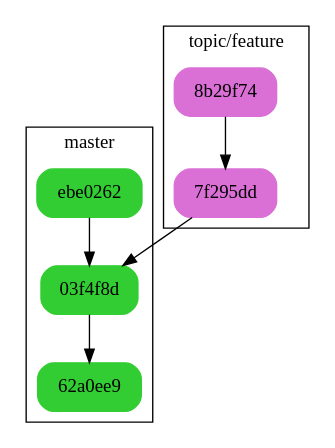
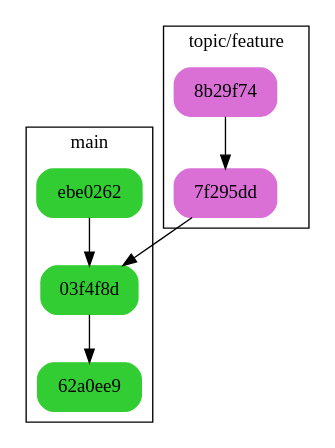
One commit to idiv-biodiversity/git-cheat-sheet changed the diagram in git-tree.dot. Above: the diagram before and after it, drawn with Graphviz. The commit also changed 4 other files, not shown here.

Commit message:
renames master to main in all dot files

```diff
--- a/git-tree.dot
+++ b/git-tree.dot
@@ -1,28 +1,28 @@
 digraph {
     node [shape = "box", style = "filled, rounded"]
 
-    subgraph clustermaster {
-        label = "master"
+    subgraph clustermain {
+        label = "main"
 
         node [color = limegreen]
 
-        master3[label = "ebe0262"]
-        master2[label = "03f4f8d"]
-        master1[label = "62a0ee9"]
+        main3[label = "ebe0262"]
+        main2[label = "03f4f8d"]
+        main1[label = "62a0ee9"]
 
-        master3 -> master2 -> master1
+        main3 -> main2 -> main1
     }
 
     subgraph clusterfeature {
         label = "topic/feature"
 
         node [color = orchid]
 
         feature2[label = "8b29f74"]
         feature1[label = "7f295dd"]
 
         feature2 -> feature1
     }
 
-    feature1 -> master2
+    feature1 -> main2
 }
```
